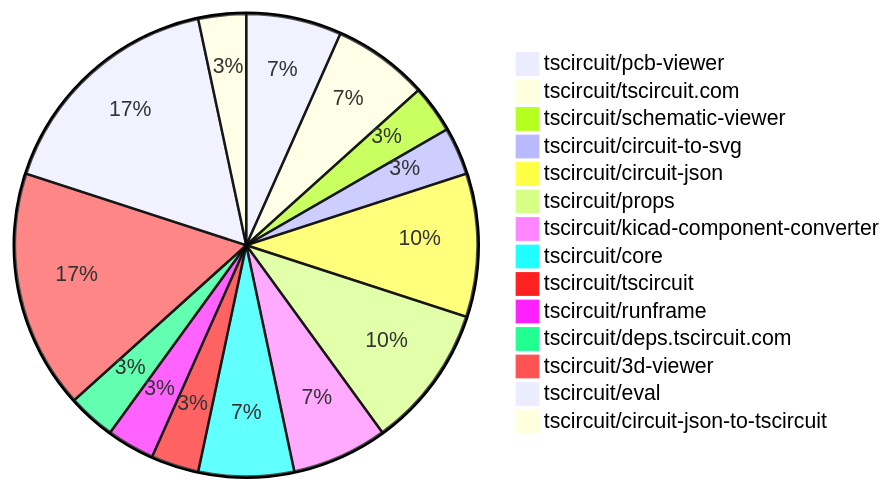
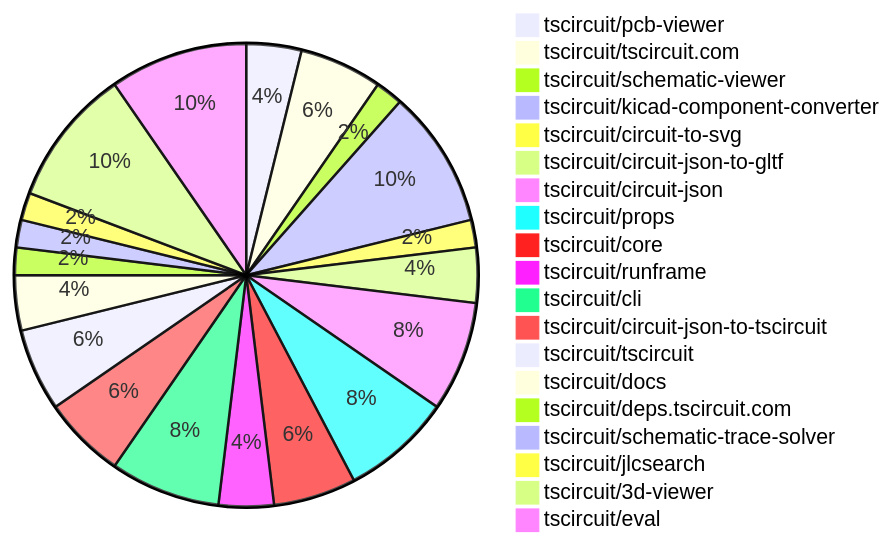
The first of 2 diagrams in contribution-overviews/2025-09-10.md (tscircuit/contribution-tracker), drawn with Mermaid before and after one commit. The commit also changed other lines of this file and 3 other files, not shown here.

````diff
--- a/contribution-overviews/2025-09-10.md
+++ b/contribution-overviews/2025-09-10.md
@@ -5,17 +5,22 @@
 ```mermaid
 pie
     "tscircuit/pcb-viewer" : 2
-    "tscircuit/tscircuit.com" : 2
+    "tscircuit/tscircuit.com" : 3
     "tscircuit/schematic-viewer" : 1
+    "tscircuit/kicad-component-converter" : 5
     "tscircuit/circuit-to-svg" : 1
-    "tscircuit/circuit-json" : 3
-    "tscircuit/props" : 3
-    "tscircuit/kicad-component-converter" : 2
-    "tscircuit/core" : 2
-    "tscircuit/tscircuit" : 1
-    "tscircuit/runframe" : 1
+    "tscircuit/circuit-json-to-gltf" : 2
+    "tscircuit/circuit-json" : 4
+    "tscircuit/props" : 4
+    "tscircuit/core" : 3
+    "tscircuit/runframe" : 2
+    "tscircuit/cli" : 4
+    "tscircuit/circuit-json-to-tscircuit" : 3
+    "tscircuit/tscircuit" : 3
+    "tscircuit/docs" : 2
     "tscircuit/deps.tscircuit.com" : 1
+    "tscircuit/schematic-trace-solver" : 1
+    "tscircuit/jlcsearch" : 1
     "tscircuit/3d-viewer" : 5
     "tscircuit/eval" : 5
-    "tscircuit/circuit-json-to-tscircuit" : 1
 ```
````
